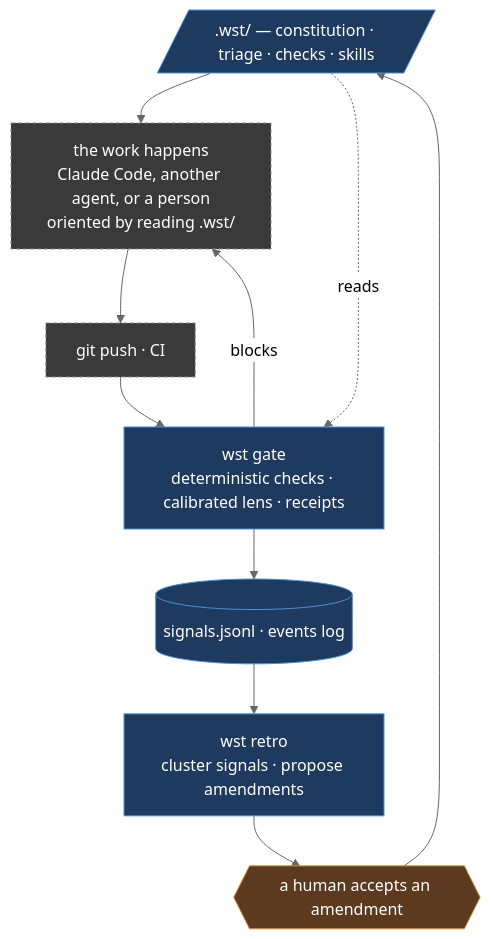
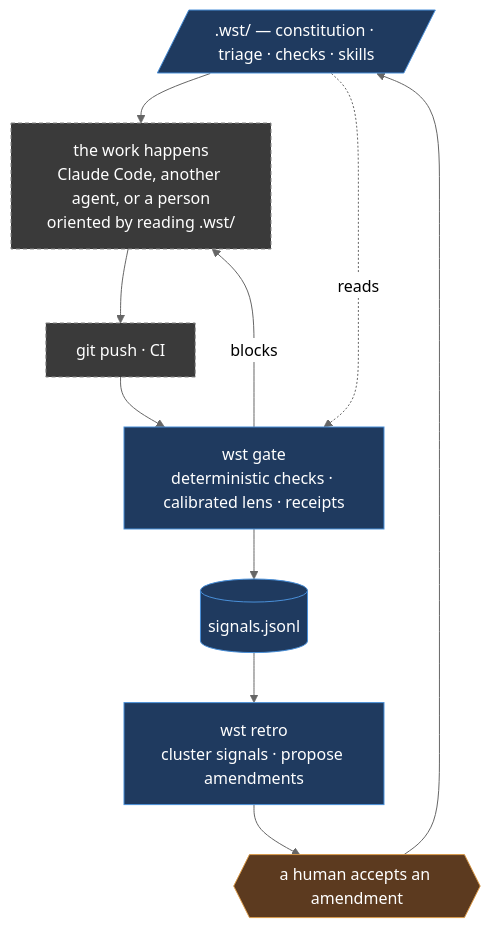
One commit to Juanmzz/whetstone changed the diagram in docs/architecture.md. Above: the diagram before and after it, drawn with Mermaid (neutral theme). The commit also changed other lines of this file and 26 other files, not shown here.

````diff
--- a/docs/architecture.md
+++ b/docs/architecture.md
@@ -34,19 +34,19 @@
 ```mermaid
 flowchart TB
   defs[/".wst/ — constitution · triage · checks · skills"/]:::wst
   work["the work happens<br/>Claude Code, another agent, or a person<br/>oriented by reading .wst/"]:::harness
   push["git push · CI"]:::harness
   gate["wst gate<br/>deterministic checks · calibrated lens · receipts"]:::wst
-  sig[("signals.jsonl · events log")]:::wst
+  sig[("signals.jsonl")]:::wst
   retro["wst retro<br/>cluster signals · propose amendments"]:::wst
   sign2{{"a human accepts an amendment"}}:::human
 
   defs --> work --> push --> gate
   gate -->|blocks| work
   gate --> sig --> retro --> sign2 --> defs
   defs -.reads.-> gate
 
   classDef wst fill:#1f3a5f,stroke:#4a90d9,color:#ffffff
   classDef harness fill:#3a3a3a,stroke:#8a8a8a,color:#ffffff,stroke-dasharray:4 3
   classDef human fill:#5c3a1f,stroke:#d99a4a,color:#ffffff
 ```
````
